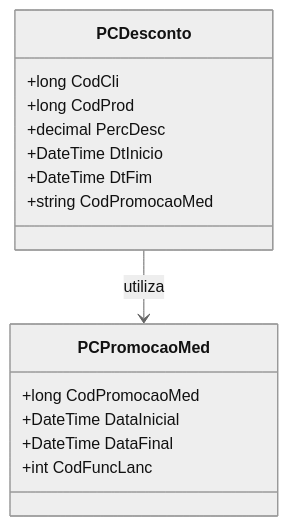
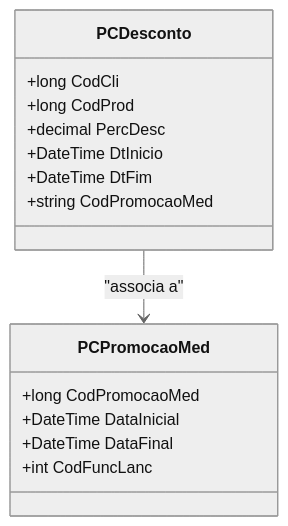
One commit to IsthmusSistemas/documentacao-tecnica changed the diagram in docs/b2b-dominio/IsthmusWinthor.Nucleo/IsthmusWinthor.Dominio/Model/CampanhasWinthor/PCDesconto.md. Above: the diagram before and after it, drawn with Mermaid (neutral theme). The commit also changed other lines of this file and 882 other files, not shown here.

````diff
--- a/docs/b2b-dominio/IsthmusWinthor.Nucleo/IsthmusWinthor.Dominio/Model/CampanhasWinthor/PCDesconto.md
+++ b/docs/b2b-dominio/IsthmusWinthor.Nucleo/IsthmusWinthor.Dominio/Model/CampanhasWinthor/PCDesconto.md
@@ -26,19 +26,20 @@
 ```mermaid
 classDiagram
     class PCDesconto {
         +long CodCli
         +long CodProd
         +decimal PercDesc
         +DateTime DtInicio
         +DateTime DtFim
         +string CodPromocaoMed
     }
+    
     class PCPromocaoMed {
         +long CodPromocaoMed
         +DateTime DataInicial
         +DateTime DataFinal
         +int CodFuncLanc
     }
-
-    PCDesconto --> PCPromocaoMed : utiliza
+    
+    PCDesconto --> PCPromocaoMed : "associa a"
 ```
````
